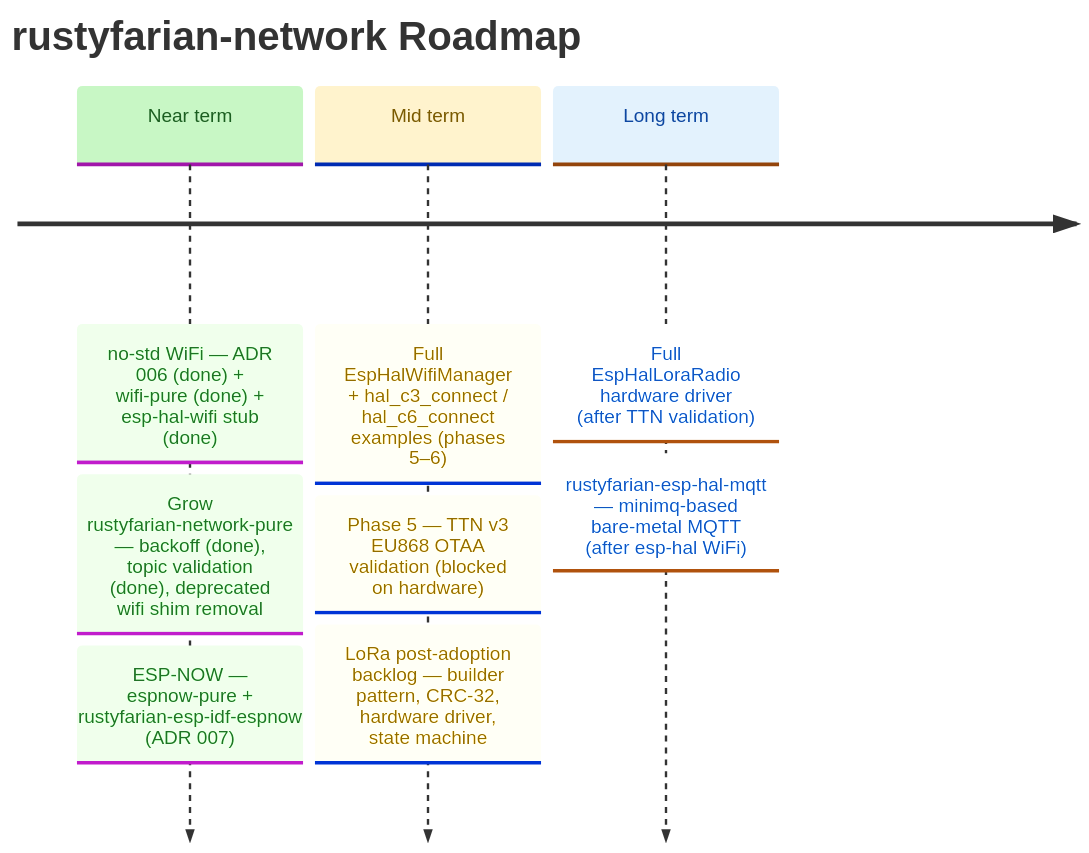
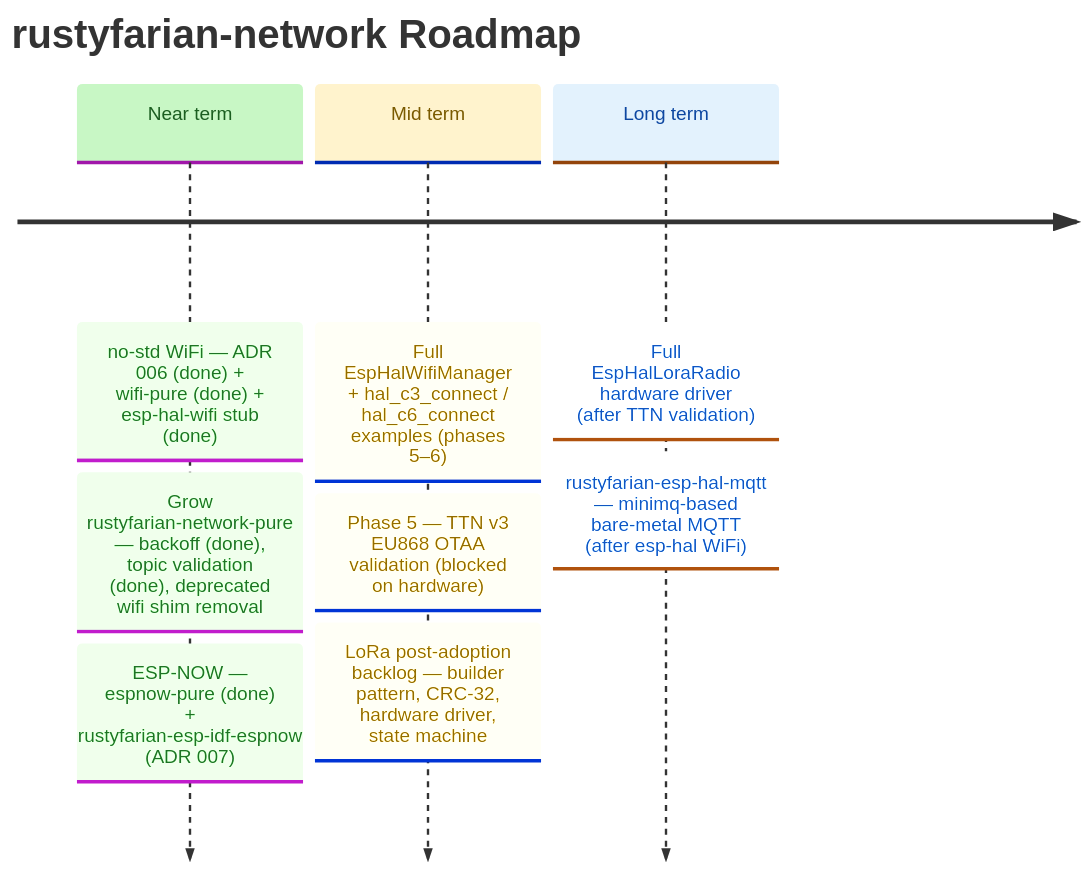
One commit to datenkollektiv/rustyfarian-network changed the diagram in docs/ROADMAP.md. Above: the diagram before and after it, drawn with Mermaid. The commit also changed other lines of this file and 6 other files, not shown here.

Commit message:
Add espnow-pure crate with platform-independent ESP-NOW types and traits

````diff
--- a/docs/ROADMAP.md
+++ b/docs/ROADMAP.md
@@ -10,27 +10,27 @@
 ```mermaid
 %%{init: {
   "theme": "base",
   "themeVariables": {
     "cScale0": "#c8f7c5",
     "cScaleLabel0": "#1b5e20",
     "cScale1": "#fff3cd",
     "cScaleLabel1": "#7a5a00",
     "cScale2": "#e3f2fd",
     "cScaleLabel2": "#0d47a1"
   }
 }}%%
 
 timeline
     title rustyfarian-network Roadmap
 
     Near term : no-std WiFi — ADR 006 (done) + wifi-pure (done) + esp-hal-wifi stub (done)
               : Grow rustyfarian-network-pure — backoff (done), topic validation (done), deprecated wifi shim removal
-              : ESP-NOW — espnow-pure + rustyfarian-esp-idf-espnow (ADR 007)
+              : ESP-NOW — espnow-pure (done) + rustyfarian-esp-idf-espnow (ADR 007)
 
     Mid term  : Full EspHalWifiManager + hal_c3_connect / hal_c6_connect examples (phases 5–6)
               : Phase 5 — TTN v3 EU868 OTAA validation (blocked on hardware)
               : LoRa post-adoption backlog — builder pattern, CRC-32, hardware driver, state machine
 
     Long term : Full EspHalLoraRadio hardware driver (after TTN validation)
               : rustyfarian-esp-hal-mqtt — minimq-based bare-metal MQTT (after esp-hal WiFi)
 ```
````
